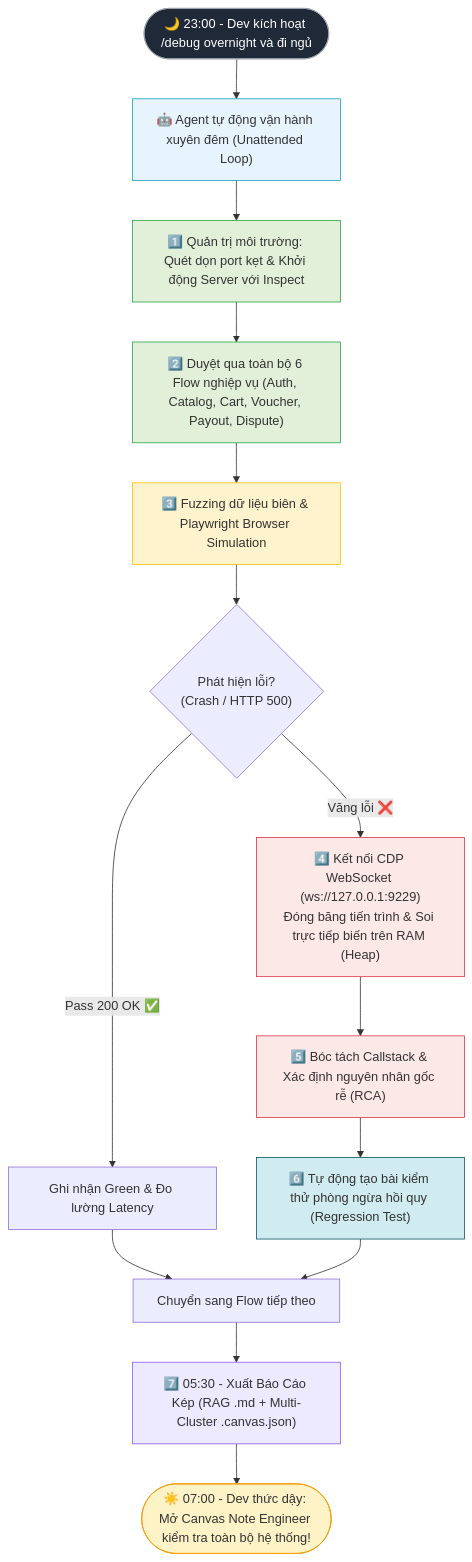
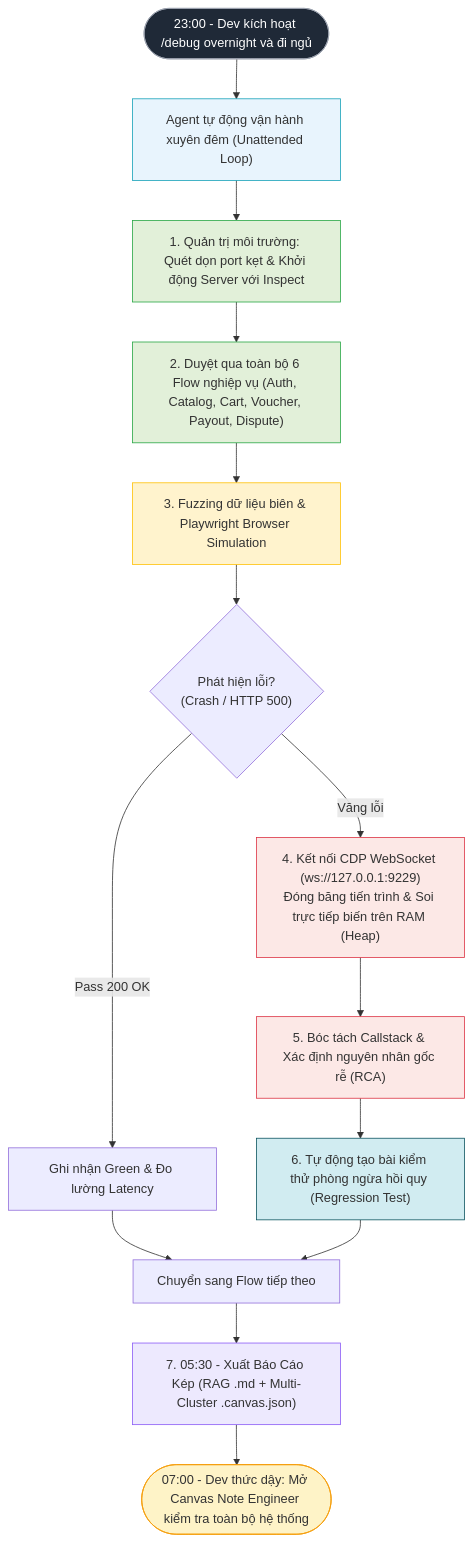
The second of 6 diagrams in README.md (justpassingByte/agentic-test-ops), drawn with Mermaid before and after one commit. The commit also changed other lines of this file, not shown here.

````diff
--- a/README.md
+++ b/README.md
@@ -167,29 +108,29 @@
 ```mermaid
 flowchart TD
-    NIGHT(["🌙 23:00 - Dev kích hoạt /debug overnight và đi ngủ"]) --> AUTO["🤖 Agent tự động vận hành xuyên đêm (Unattended Loop)"]
-    AUTO --> ENV["1️⃣ Quản trị môi trường: Quét dọn port kẹt & Khởi động Server với Inspect"]
-    ENV --> SWEEP["2️⃣ Duyệt qua toàn bộ 6 Flow nghiệp vụ (Auth, Catalog, Cart, Voucher, Payout, Dispute)"]
-    SWEEP --> FUZZ["3️⃣ Fuzzing dữ liệu biên & Playwright Browser Simulation"]
+    NIGHT(["23:00 - Dev kích hoạt /debug overnight và đi ngủ"]) --> AUTO["Agent tự động vận hành xuyên đêm (Unattended Loop)"]
+    AUTO --> ENV["1. Quản trị môi trường: Quét dọn port kẹt & Khởi động Server với Inspect"]
+    ENV --> SWEEP["2. Duyệt qua toàn bộ 6 Flow nghiệp vụ (Auth, Catalog, Cart, Voucher, Payout, Dispute)"]
+    SWEEP --> FUZZ["3. Fuzzing dữ liệu biên & Playwright Browser Simulation"]
     FUZZ --> CHECK{"Phát hiện lỗi?\n(Crash / HTTP 500)"}
     
-    CHECK -->|"Pass 200 OK ✅"| PASS["Ghi nhận Green & Đo lường Latency"]
-    CHECK -->|"Văng lỗi ❌"| CDP["4️⃣ Kết nối CDP WebSocket (ws://127.0.0.1:9229)\nĐóng băng tiến trình & Soi trực tiếp biến trên RAM (Heap)"]
+    CHECK -->|"Pass 200 OK"| PASS["Ghi nhận Green & Đo lường Latency"]
+    CHECK -->|"Văng lỗi"| CDP["4. Kết nối CDP WebSocket (ws://127.0.0.1:9229)\nĐóng băng tiến trình & Soi trực tiếp biến trên RAM (Heap)"]
     
-    CDP --> RCA["5️⃣ Bóc tách Callstack & Xác định nguyên nhân gốc rễ (RCA)"]
-    RCA --> REG["6️⃣ Tự động tạo bài kiểm thử phòng ngừa hồi quy (Regression Test)"]
+    CDP --> RCA["5. Bóc tách Callstack & Xác định nguyên nhân gốc rễ (RCA)"]
+    RCA --> REG["6. Tự động tạo bài kiểm thử phòng ngừa hồi quy (Regression Test)"]
     PASS --> NEXT["Chuyển sang Flow tiếp theo"]
     REG --> NEXT
-    NEXT --> REPORT["7️⃣ 05:30 - Xuất Báo Cáo Kép (RAG .md + Multi-Cluster .canvas.json)"]
-    REPORT --> MORNING(["☀️ 07:00 - Dev thức dậy: Mở Canvas Note Engineer kiểm tra toàn bộ hệ thống!"])
+    NEXT --> REPORT["7. 05:30 - Xuất Báo Cáo Kép (RAG .md + Multi-Cluster .canvas.json)"]
+    REPORT --> MORNING(["07:00 - Dev thức dậy: Mở Canvas Note Engineer kiểm tra toàn bộ hệ thống"])
 
     style NIGHT fill:#1f2937,stroke:#9ca3af,color:#fff
     style AUTO fill:#e8f4fd,stroke:#17a2b8
     style ENV fill:#e2f0d9,stroke:#28a745
     style SWEEP fill:#e2f0d9,stroke:#28a745
     style FUZZ fill:#fff3cd,stroke:#ffc107
     style CDP fill:#fce8e6,stroke:#dc3545
     style RCA fill:#fce8e6,stroke:#dc3545
     style REG fill:#d1ecf1,stroke:#0c5460
     style REPORT fill:#ede9fe,stroke:#8b5cf6
     style MORNING fill:#fef3c7,stroke:#f59e0b
 ```
````
